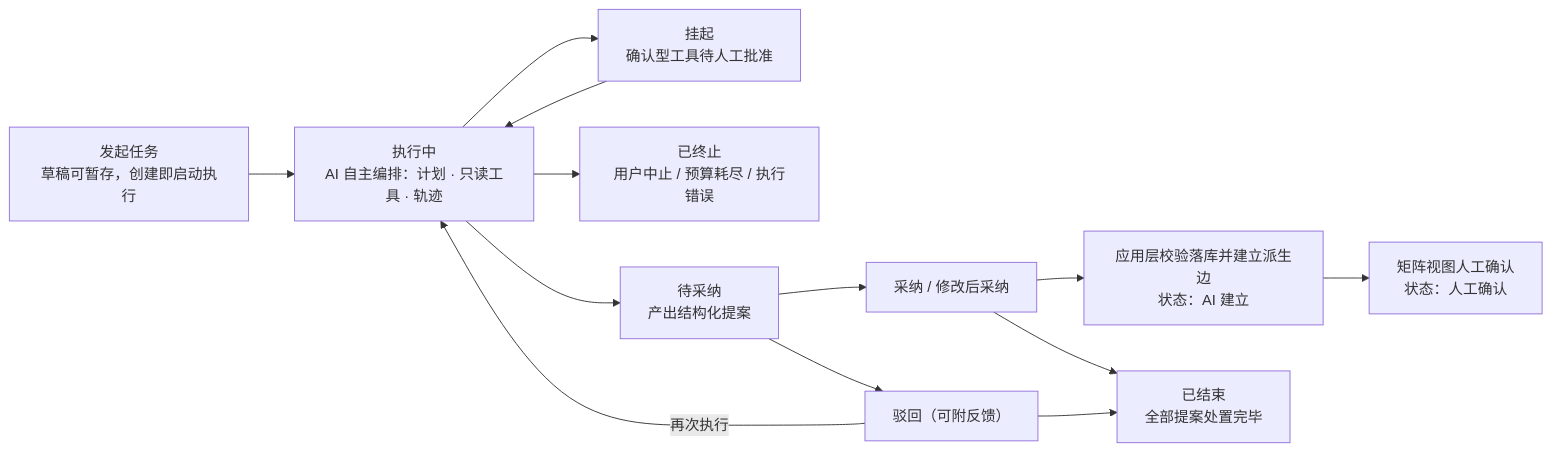
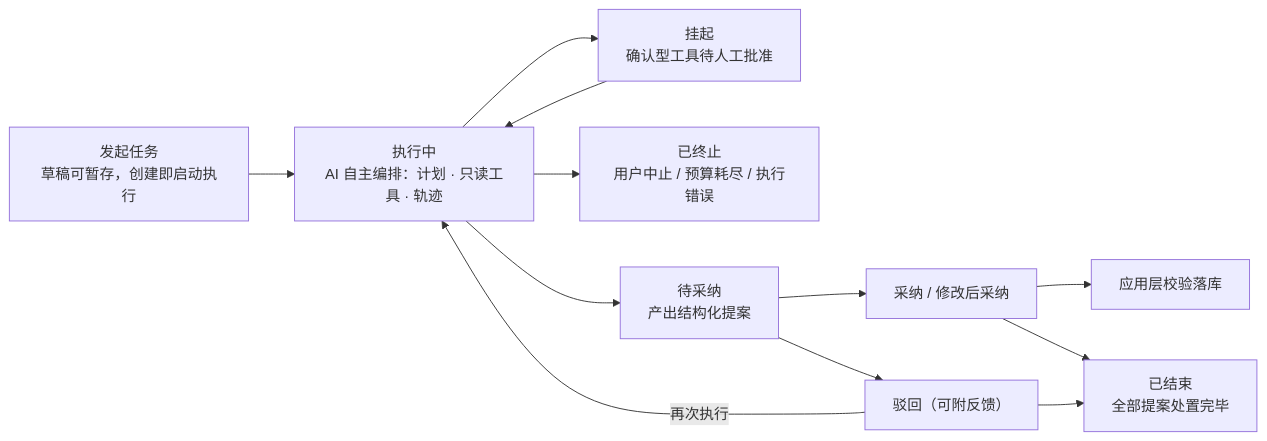
The first of 2 diagrams in docs/02-high-level-design/07-ai-capability/02-hld-ai-capability.md (XiaoMiSum/robotest), drawn with Mermaid before and after one commit. The commit also changed other lines of this file and 35 other files, not shown here.

````diff
--- a/docs/02-high-level-design/07-ai-capability/02-hld-ai-capability.md
+++ b/docs/02-high-level-design/07-ai-capability/02-hld-ai-capability.md
@@ -110,15 +106,14 @@
 ```mermaid
 flowchart LR
     A[发起任务<br/>草稿可暂存，创建即启动执行] --> C[执行中<br/>AI 自主编排：计划 · 只读工具 · 轨迹]
     C --> W[挂起<br/>确认型工具待人工批准]
     W --> C
     C --> X[已终止<br/>用户中止 / 预算耗尽 / 执行错误]
     C --> F[待采纳<br/>产出结构化提案]
     F --> G[采纳 / 修改后采纳]
     F --> H[驳回（可附反馈）]
-    G --> I[应用层校验落库并建立派生边<br/>状态：AI 建立]
-    I --> J[矩阵视图人工确认<br/>状态：人工确认]
+    G --> I[应用层校验落库]
     G --> K[已结束<br/>全部提案处置完毕]
     H --> K
     H -- 再次执行 --> C
 ```
````
